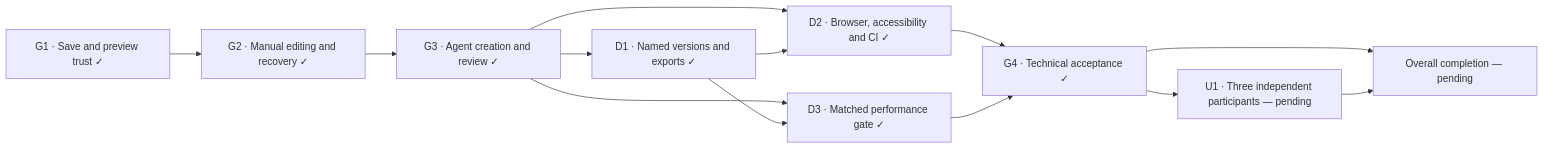
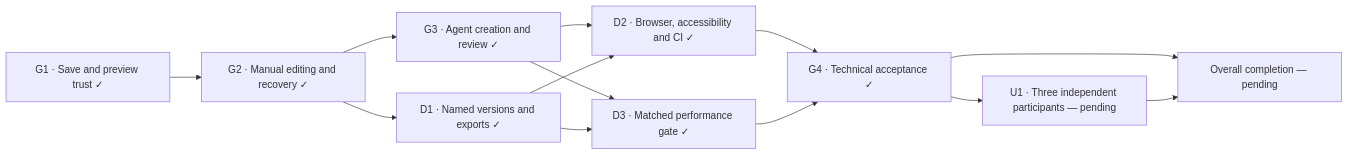
Before and after one commit to lineagehq/lineage-logo: the diagram in docs/plans/logo-workflow-improvements/closeout.md, drawn with Mermaid.

Commit message:
Keep export lane parallel with agent integration in overview

````diff
--- a/docs/plans/logo-workflow-improvements/closeout.md
+++ b/docs/plans/logo-workflow-improvements/closeout.md
@@ -5,15 +5,15 @@
 ```mermaid
 flowchart LR
   A["G1 · Save and preview trust ✓"] --> B["G2 · Manual editing and recovery ✓"]
   B --> C["G3 · Agent creation and review ✓"]
-  C --> D["D1 · Named versions and exports ✓"]
+  B --> D["D1 · Named versions and exports ✓"]
   C --> Q["D2 · Browser, accessibility and CI ✓"]
   D --> Q
   C --> P["D3 · Matched performance gate ✓"]
   D --> P
   Q --> G["G4 · Technical acceptance ✓"]
   P --> G
   G --> U["U1 · Three independent participants — pending"]
   G --> F["Overall completion — pending"]
   U --> F
 ```
````
